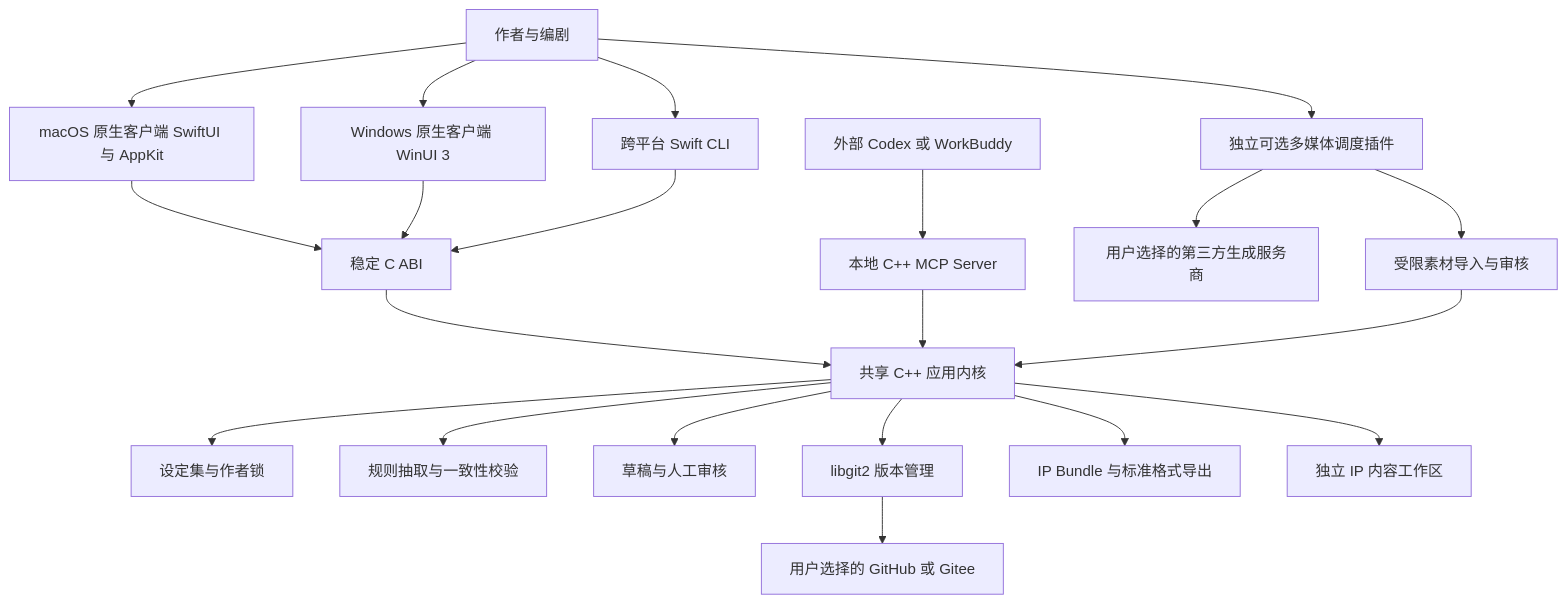
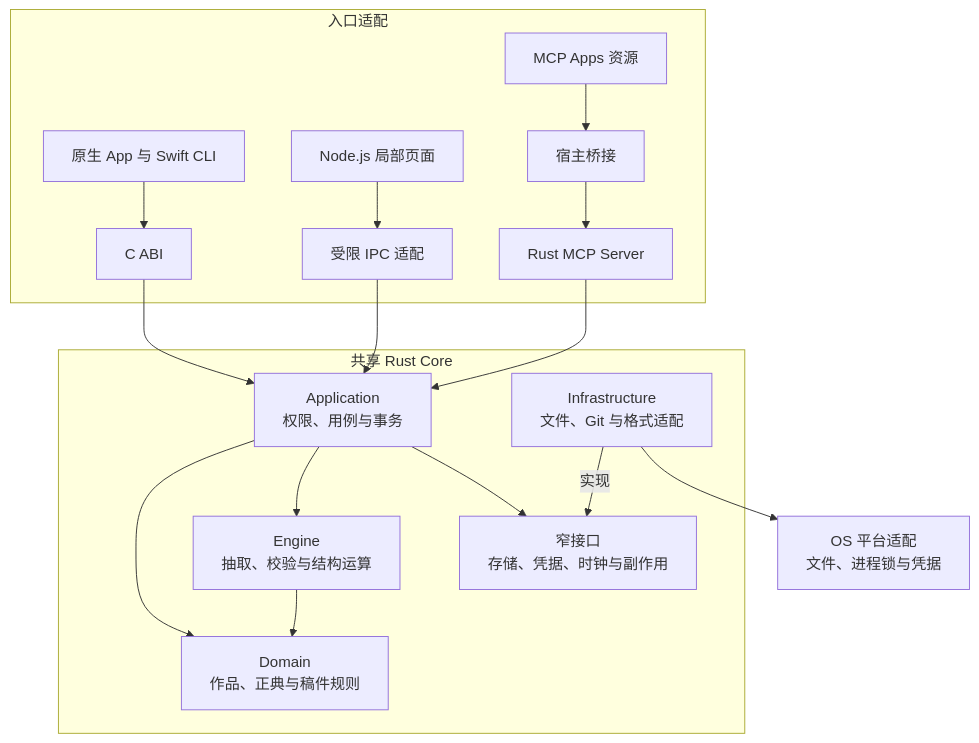
The second of 33 diagrams in docs/23-业务流程与MCP时序.md (limecloud/hetu), drawn with Mermaid before and after one commit. The commit also changed other lines of this file and 252 other files, not shown here.

First line of the commit message:
feat: release Hetu 0.2.0 native workspace and homepage demo

````diff
--- a/docs/23-业务流程与MCP时序.md
+++ b/docs/23-业务流程与MCP时序.md
@@ -7,23 +41,26 @@
 ```mermaid
 flowchart TD
-    author["作者与编剧"] --> macApp["macOS 原生客户端 SwiftUI 与 AppKit"]
-    author --> winApp["Windows 原生客户端 WinUI 3"]
-    author --> swiftCli["跨平台 Swift CLI"]
-    macApp --> cAbi["稳定 C ABI"]
-    winApp --> cAbi
-    swiftCli --> cAbi
-    cAbi --> core["共享 C++ 应用内核"]
-    agent["外部 Codex 或 WorkBuddy"] --> mcp["本地 C++ MCP Server"]
-    mcp --> core
-    core --> blueprint["设定集与作者锁"]
-    core --> engines["规则抽取与一致性校验"]
-    core --> review["草稿与人工审核"]
-    core --> git["libgit2 版本管理"]
-    core --> bundle["IP Bundle 与标准格式导出"]
-    core --> workspace["独立 IP 内容工作区"]
-    git --> remote["用户选择的 GitHub 或 Gitee"]
-    author --> optionalPlugin["独立可选多媒体调度插件"]
-    optionalPlugin --> provider["用户选择的第三方生成服务商"]
-    optionalPlugin --> importReview["受限素材导入与审核"]
-    importReview --> core
+    subgraph entry["入口适配"]
+        native["原生 App 与 Swift CLI"] --> abi["C ABI"]
+        mcp["Rust MCP Server"]
+        web["Node.js 局部页面"] --> ipc["受限 IPC 适配"]
+        appUi["MCP Apps 资源"] --> hostBridge["宿主桥接"]
+        hostBridge --> mcp
+    end
+    subgraph kernel["共享 Rust Core"]
+        application["Application<br/>权限、用例与事务"]
+        domain["Domain<br/>作品、正典与稿件规则"]
+        engine["Engine<br/>抽取、校验与结构运算"]
+        ports["窄接口<br/>存储、凭据、时钟与副作用"]
+        infrastructure["Infrastructure<br/>文件、Git 与格式适配"]
+        application --> domain
+        application --> engine
+        application --> ports
+        engine --> domain
+        infrastructure -->|"实现"| ports
+    end
+    abi --> application
+    mcp --> application
+    ipc --> application
+    infrastructure --> os["OS 平台适配<br/>文件、进程锁与凭据"]
 ```
````
